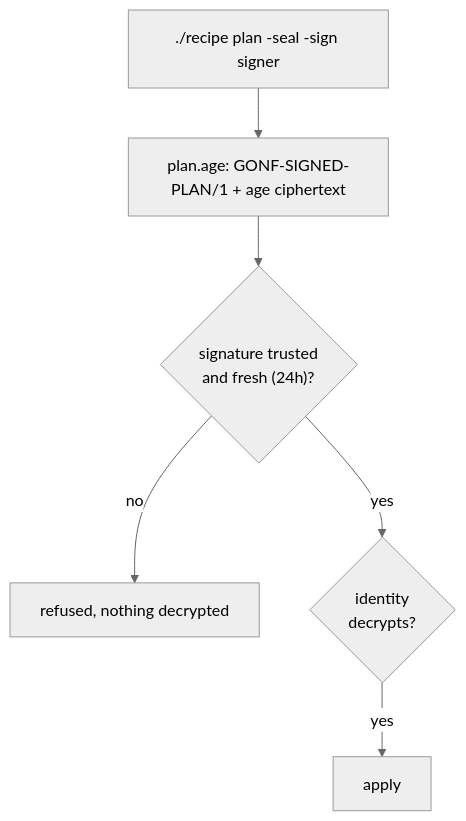
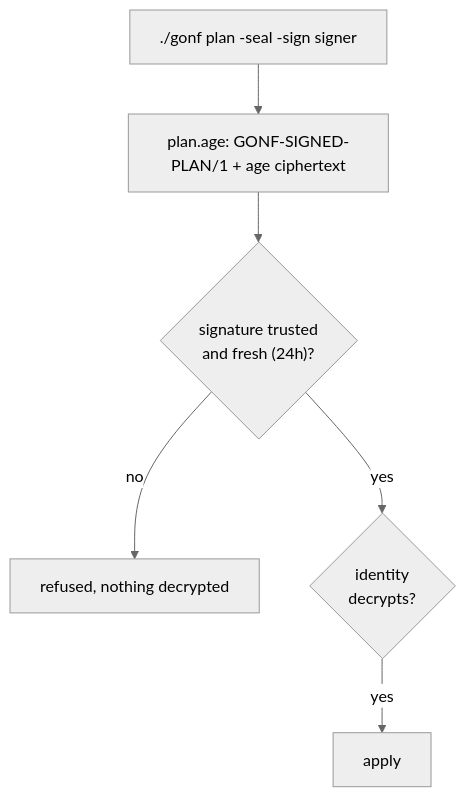
Before and after one commit to snonux/gonf: the diagram in docs/tutorial/img/src/ch14-1.mmd, drawn with Mermaid (neutral theme). The commit also changed 23 other files, not shown here.

First line of the commit message:
docs(tutorial): build and run the recipe as ./gonf, not ./recipe (#10)

```diff
--- a/docs/tutorial/img/src/ch14-1.mmd
+++ b/docs/tutorial/img/src/ch14-1.mmd
@@ -1,6 +1,6 @@
 flowchart TB
-    R["./recipe plan -seal -sign signer"] --> E["plan.age: GONF-SIGNED-PLAN/1 + age ciphertext"]
+    R["./gonf plan -seal -sign signer"] --> E["plan.age: GONF-SIGNED-PLAN/1 + age ciphertext"]
     E --> V{"signature trusted<br/>and fresh (24h)?"}
     V -- no --> X["refused, nothing decrypted"]
     V -- yes --> D{"identity<br/>decrypts?"}
     D -- yes --> A["apply"]
```
